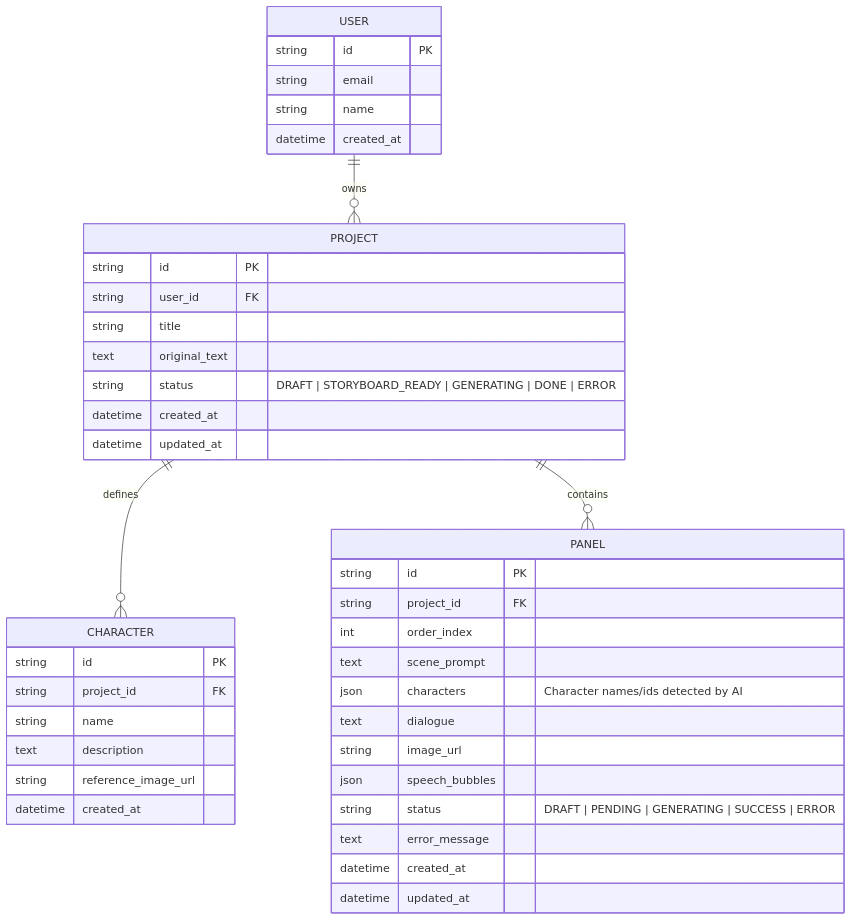
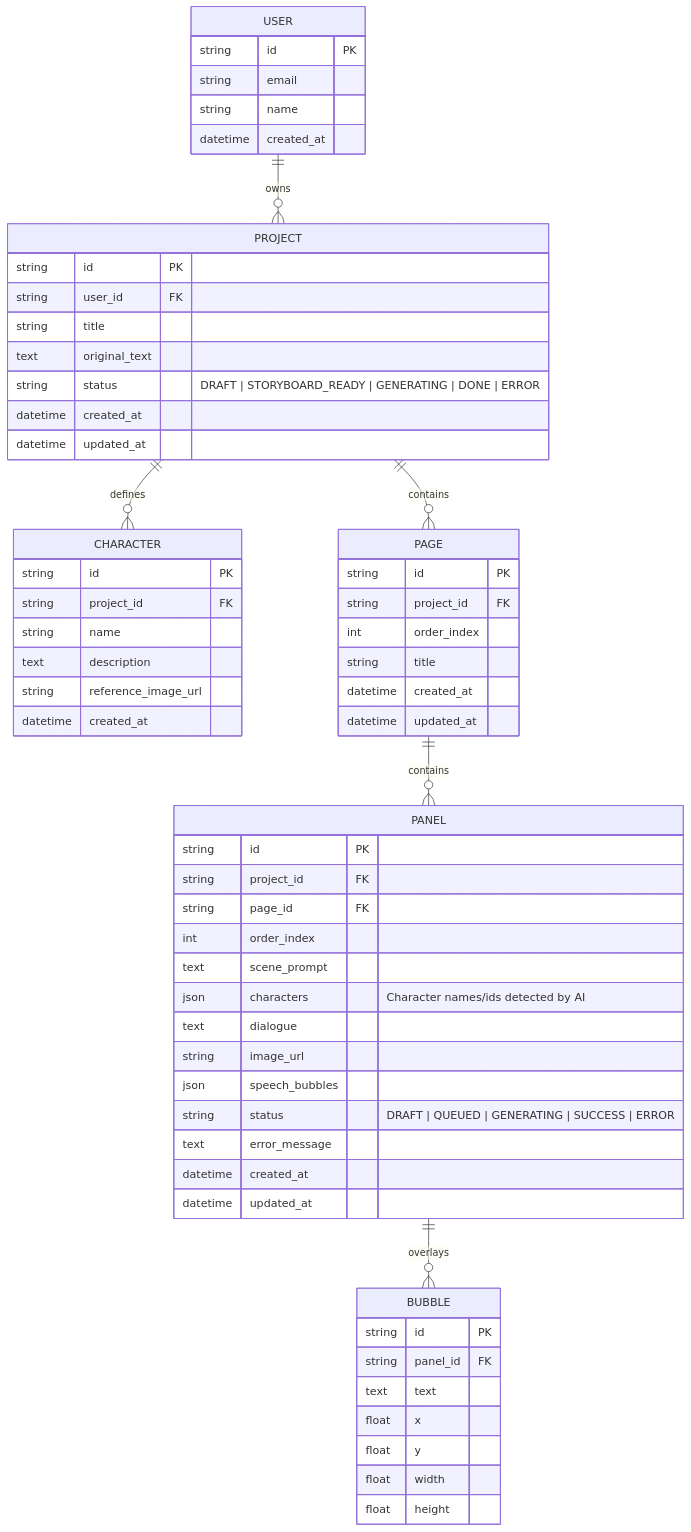
Before and after one commit to nguyenhoclaptrinh/text-to-comic-app: the second of 4 diagrams in docs/020-architecture/SystemDesign.md, drawn with Mermaid. The commit also changed other lines of this file and 8 other files, not shown here.

````diff
--- a/docs/020-architecture/SystemDesign.md
+++ b/docs/020-architecture/SystemDesign.md
@@ -72,47 +72,69 @@
 ```mermaid
 erDiagram
     USER ||--o{ PROJECT : owns
     PROJECT ||--o{ CHARACTER : defines
-    PROJECT ||--o{ PANEL : contains
+    PROJECT ||--o{ PAGE : contains
+    PAGE ||--o{ PANEL : contains
+    PANEL ||--o{ BUBBLE : overlays
 
     USER {
         string id PK
         string email
         string name
         datetime created_at
     }
 
     PROJECT {
         string id PK
         string user_id FK
         string title
         text original_text
         string status "DRAFT | STORYBOARD_READY | GENERATING | DONE | ERROR"
         datetime created_at
         datetime updated_at
     }
 
     CHARACTER {
         string id PK
         string project_id FK
         string name
         text description
         string reference_image_url
         datetime created_at
     }
 
+    PAGE {
+        string id PK
+        string project_id FK
+        int order_index
+        string title
+        datetime created_at
+        datetime updated_at
+    }
+
     PANEL {
         string id PK
         string project_id FK
+        string page_id FK
         int order_index
         text scene_prompt
         json characters "Character names/ids detected by AI"
         text dialogue
         string image_url
         json speech_bubbles
-        string status "DRAFT | PENDING | GENERATING | SUCCESS | ERROR"
+        string status "DRAFT | QUEUED | GENERATING | SUCCESS | ERROR"
         text error_message
         datetime created_at
         datetime updated_at
     }
+
+    BUBBLE {
+        string id PK
+        string panel_id FK
+        text text
+        float x
+        float y
+        float width
+        float height
+    }
 ```
````
